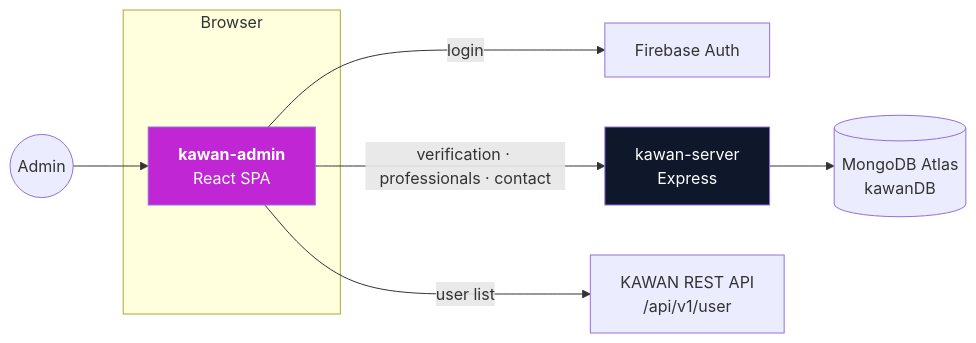
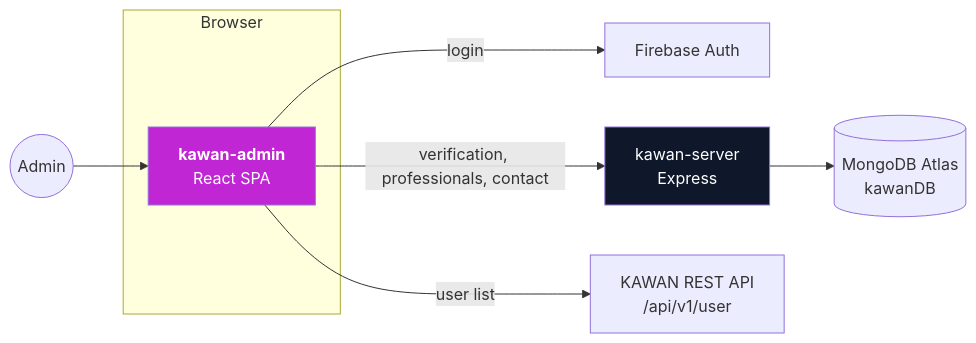
Before and after one commit to mahfuzhasanreza/kawan-admin: the first of 5 diagrams in README.md, drawn with Mermaid. The commit also changed other lines of this file, not shown here.

````diff
--- a/README.md
+++ b/README.md
@@ -97,20 +97,20 @@
 ```mermaid
 flowchart LR
     AD(("Admin"))
     subgraph Browser
         APP["<b>kawan-admin</b><br/>React SPA"]
     end
     FB["Firebase Auth"]
     KS["kawan-server<br/>Express"]
     DB[("MongoDB Atlas<br/>kawanDB")]
     KR["KAWAN REST API<br/>/api/v1/user"]
 
     AD --> APP
     APP -->|"login"| FB
-    APP -->|"verification · professionals · contact"| KS
+    APP -->|"verification, professionals, contact"| KS
     KS --> DB
     APP -->|"user list"| KR
 
     style APP fill:#c026d3,color:#fff
     style KS fill:#0f172a,color:#fff
 ```
````
